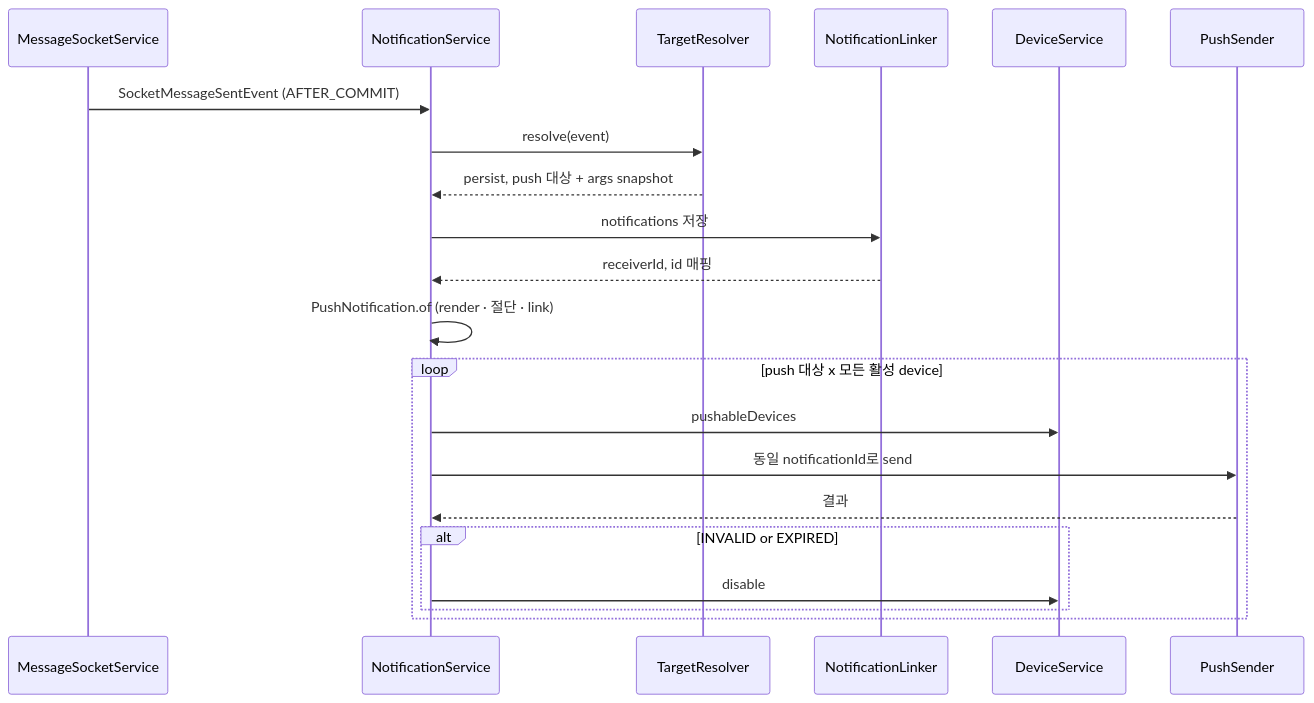
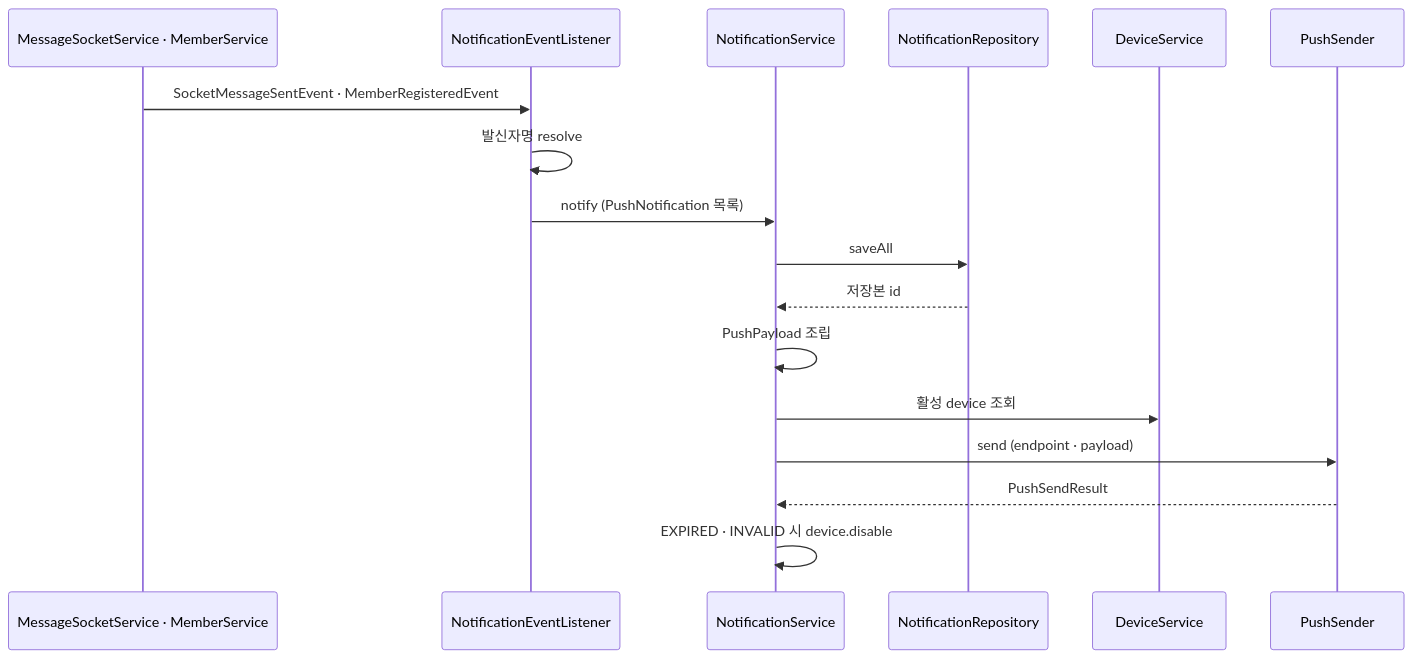
One commit to mortonCareer/bconnect changed the first of 2 diagrams in apps/api/docs/notification-architecture.md. Above: the diagram before and after it, drawn with Mermaid. The commit also changed other lines of this file, not shown here.

````diff
--- a/apps/api/docs/notification-architecture.md
+++ b/apps/api/docs/notification-architecture.md
@@ -38,24 +7,20 @@
 ```mermaid
 sequenceDiagram
-    participant Socket as MessageSocketService
+    participant Pub as MessageSocketService · MemberService
+    participant Listener as NotificationEventListener
     participant Svc as NotificationService
-    participant Res as TargetResolver
-    participant Lnk as NotificationLinker
-    participant Dev as DeviceService
-    participant Snd as PushSender
+    participant Repo as NotificationRepository
+    participant Device as DeviceService
+    participant Sender as PushSender
 
-    Socket->>Svc: SocketMessageSentEvent (AFTER_COMMIT)
-    Svc->>Res: resolve(event)
-    Res-->>Svc: persist, push 대상 + args snapshot
-    Svc->>Lnk: notifications 저장
-    Lnk-->>Svc: receiverId, id 매핑
-    Svc->>Svc: PushNotification.of (render · 절단 · link)
-    loop push 대상 x 모든 활성 device
-        Svc->>Dev: pushableDevices
-        Svc->>Snd: 동일 notificationId로 send
-        Snd-->>Svc: 결과
-        alt INVALID or EXPIRED
-            Svc->>Dev: disable
-        end
-    end
+    Pub->>Listener: SocketMessageSentEvent · MemberRegisteredEvent
+    Listener->>Listener: 발신자명 resolve
+    Listener->>Svc: notify (PushNotification 목록)
+    Svc->>Repo: saveAll
+    Repo-->>Svc: 저장본 id
+    Svc->>Svc: PushPayload 조립
+    Svc->>Device: 활성 device 조회
+    Svc->>Sender: send (endpoint · payload)
+    Sender-->>Svc: PushSendResult
+    Svc->>Svc: EXPIRED · INVALID 시 device.disable
 ```
````
